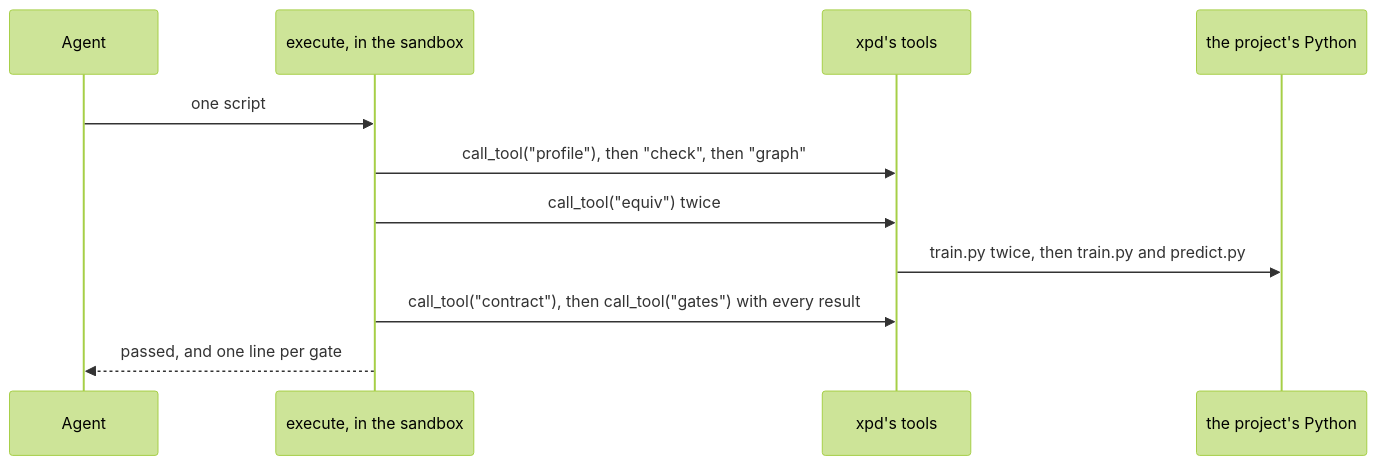
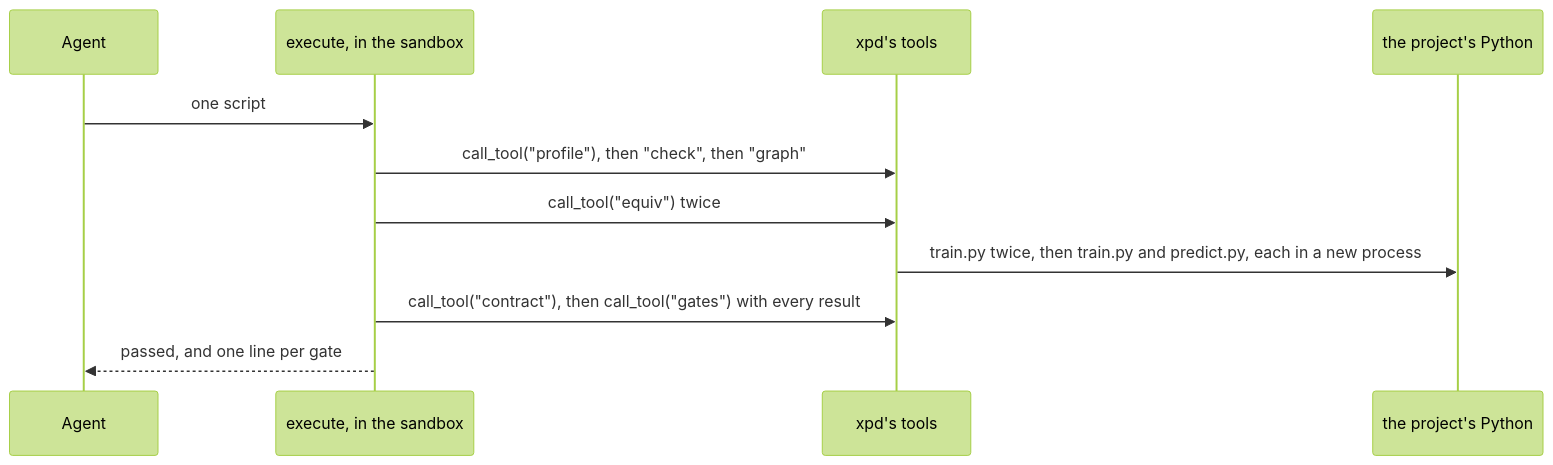
Before and after one commit to bjoernaagaard/xpd: the diagram in docs/code-mode.md, drawn with Mermaid (forest theme). The commit also changed other lines of this file, not shown here.

````diff
--- a/docs/code-mode.md
+++ b/docs/code-mode.md
@@ -16,13 +16,13 @@
 ```mermaid
 sequenceDiagram
     participant Agent
     participant Sandbox as execute, in the sandbox
     participant Server as xpd's tools
     participant Python as the project's Python
     Agent->>Sandbox: one script
     Sandbox->>Server: call_tool("profile"), then "check", then "graph"
     Sandbox->>Server: call_tool("equiv") twice
-    Server->>Python: train.py twice, then train.py and predict.py
+    Server->>Python: train.py twice, then train.py and predict.py, each in a new process
     Sandbox->>Server: call_tool("contract"), then call_tool("gates") with every result
     Sandbox-->>Agent: passed, and one line per gate
 ```
````
